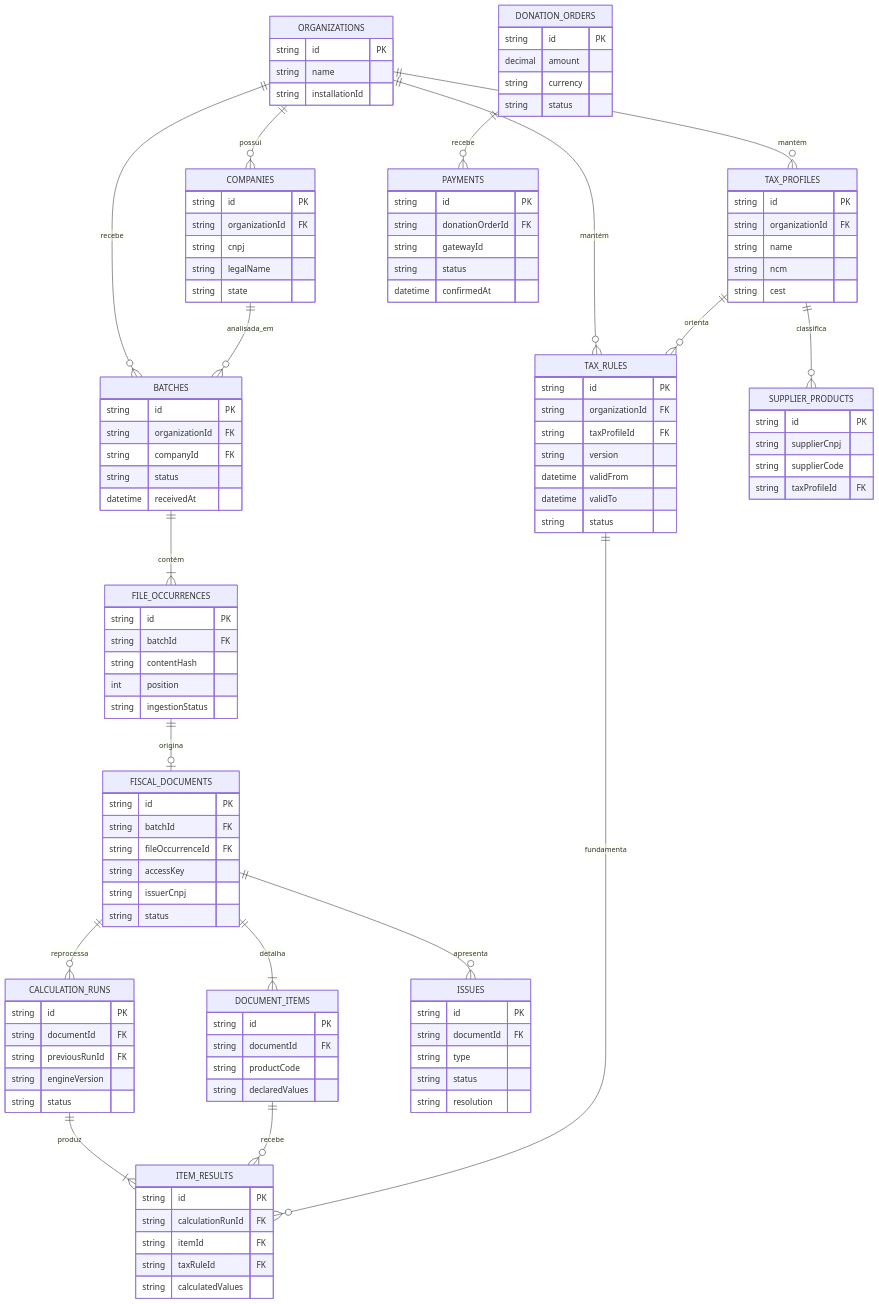
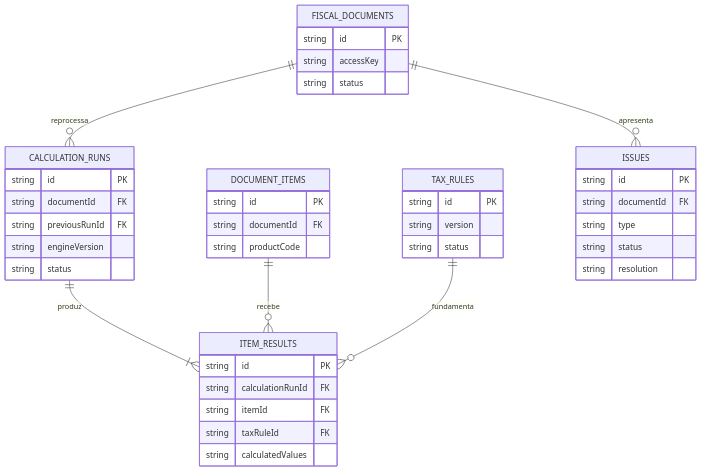
Before and after one commit to nicosikmoraes/motor-calculo-icms: the third of 4 diagrams in docs/architecture.md, drawn with Mermaid.

Commit message:
docs: split architecture diagrams for readability

````diff
--- a/docs/architecture.md
+++ b/docs/architecture.md
@@ -155,83 +249,20 @@
 ```mermaid
 erDiagram
-    ORGANIZATIONS ||--o{ COMPANIES : possui
-    ORGANIZATIONS ||--o{ TAX_PROFILES : mantém
-    ORGANIZATIONS ||--o{ TAX_RULES : mantém
-    ORGANIZATIONS ||--o{ BATCHES : recebe
-    COMPANIES ||--o{ BATCHES : analisada_em
-    TAX_PROFILES ||--o{ SUPPLIER_PRODUCTS : classifica
-    TAX_PROFILES ||--o{ TAX_RULES : orienta
-    BATCHES ||--|{ FILE_OCCURRENCES : contém
-    FILE_OCCURRENCES ||--o| FISCAL_DOCUMENTS : origina
-    FISCAL_DOCUMENTS ||--|{ DOCUMENT_ITEMS : detalha
     FISCAL_DOCUMENTS ||--o{ CALCULATION_RUNS : reprocessa
     CALCULATION_RUNS ||--|{ ITEM_RESULTS : produz
     DOCUMENT_ITEMS ||--o{ ITEM_RESULTS : recebe
     TAX_RULES ||--o{ ITEM_RESULTS : fundamenta
     FISCAL_DOCUMENTS ||--o{ ISSUES : apresenta
-    DONATION_ORDERS ||--o{ PAYMENTS : recebe
 
-    ORGANIZATIONS {
-        string id PK
-        string name
-        string installationId
-    }
-    COMPANIES {
-        string id PK
-        string organizationId FK
-        string cnpj
-        string legalName
-        string state
-    }
-    TAX_PROFILES {
-        string id PK
-        string organizationId FK
-        string name
-        string ncm
-        string cest
-    }
-    SUPPLIER_PRODUCTS {
-        string id PK
-        string supplierCnpj
-        string supplierCode
-        string taxProfileId FK
-    }
-    TAX_RULES {
-        string id PK
-        string organizationId FK
-        string taxProfileId FK
-        string version
-        datetime validFrom
-        datetime validTo
-        string status
-    }
-    BATCHES {
-        string id PK
-        string organizationId FK
-        string companyId FK
-        string status
-        datetime receivedAt
-    }
-    FILE_OCCURRENCES {
-        string id PK
-        string batchId FK
-        string contentHash
-        int position
-        string ingestionStatus
-    }
     FISCAL_DOCUMENTS {
         string id PK
-        string batchId FK
-        string fileOccurrenceId FK
         string accessKey
-        string issuerCnpj
         string status
     }
     DOCUMENT_ITEMS {
         string id PK
         string documentId FK
         string productCode
-        string declaredValues
     }
     CALCULATION_RUNS {
         string id PK
@@ -247,6 +278,11 @@
         string taxRuleId FK
         string calculatedValues
     }
+    TAX_RULES {
+        string id PK
+        string version
+        string status
+    }
     ISSUES {
         string id PK
         string documentId FK
@@ -254,17 +290,4 @@
         string status
         string resolution
     }
-    DONATION_ORDERS {
-        string id PK
-        decimal amount
-        string currency
-        string status
-    }
-    PAYMENTS {
-        string id PK
-        string donationOrderId FK
-        string gatewayId
-        string status
-        datetime confirmedAt
-    }
 ```
````
